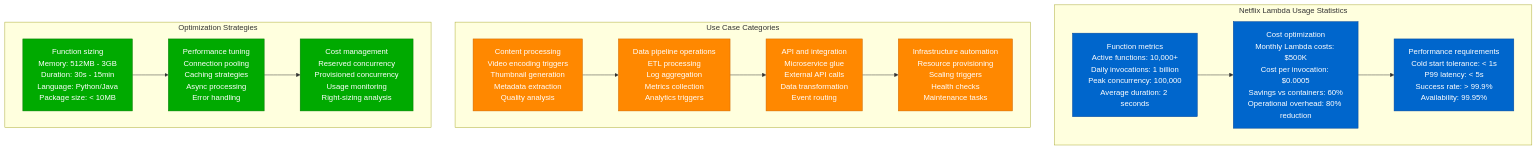
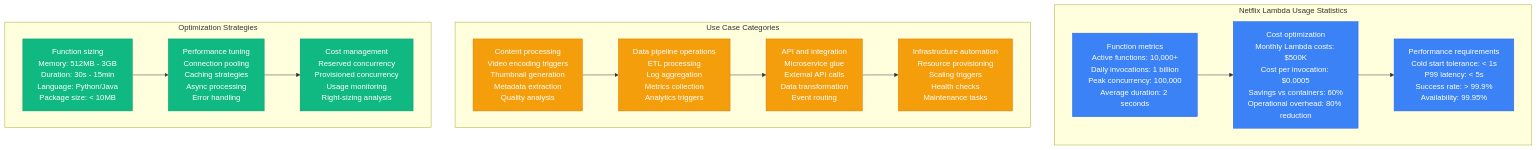
Before and after one commit to deepaucksharma/DS: the ninth of 11 diagrams in site/docs/performance/serverless-performance-profile.md, drawn with Mermaid. The commit also changed other lines of this file and 303 other files, not shown here.

````diff
--- a/site/docs/performance/serverless-performance-profile.md
+++ b/site/docs/performance/serverless-performance-profile.md
@@ -349,42 +349,42 @@
 ```mermaid
 graph TB
     subgraph "Netflix Lambda Usage Statistics"
         STATS1[Function metrics<br/>Active functions: 10,000+<br/>Daily invocations: 1 billion<br/>Peak concurrency: 100,000<br/>Average duration: 2 seconds]
 
         STATS2[Cost optimization<br/>Monthly Lambda costs: $500K<br/>Cost per invocation: $0.0005<br/>Savings vs containers: 60%<br/>Operational overhead: 80% reduction]
 
         STATS3[Performance requirements<br/>Cold start tolerance: < 1s<br/>P99 latency: < 5s<br/>Success rate: > 99.9%<br/>Availability: 99.95%]
 
         STATS1 --> STATS2 --> STATS3
     end
 
     subgraph "Use Case Categories"
         UC1[Content processing<br/>Video encoding triggers<br/>Thumbnail generation<br/>Metadata extraction<br/>Quality analysis]
 
         UC2[Data pipeline operations<br/>ETL processing<br/>Log aggregation<br/>Metrics collection<br/>Analytics triggers]
 
         UC3[API and integration<br/>Microservice glue<br/>External API calls<br/>Data transformation<br/>Event routing]
 
         UC4[Infrastructure automation<br/>Resource provisioning<br/>Scaling triggers<br/>Health checks<br/>Maintenance tasks]
 
         UC1 --> UC2 --> UC3 --> UC4
     end
 
     subgraph "Optimization Strategies"
         OPT1[Function sizing<br/>Memory: 512MB - 3GB<br/>Duration: 30s - 15min<br/>Language: Python/Java<br/>Package size: < 10MB]
 
         OPT2[Performance tuning<br/>Connection pooling<br/>Caching strategies<br/>Async processing<br/>Error handling]
 
         OPT3[Cost management<br/>Reserved concurrency<br/>Provisioned concurrency<br/>Usage monitoring<br/>Right-sizing analysis]
 
         OPT1 --> OPT2 --> OPT3
     end
 
-    classDef statsStyle fill:#0066CC,stroke:#004499,color:#fff
-    classDef useCaseStyle fill:#FF8800,stroke:#CC6600,color:#fff
-    classDef optStyle fill:#00AA00,stroke:#007700,color:#fff
+    classDef statsStyle fill:#3B82F6,stroke:#2563EB,color:#fff
+    classDef useCaseStyle fill:#F59E0B,stroke:#D97706,color:#fff
+    classDef optStyle fill:#10B981,stroke:#059669,color:#fff
 
     class STATS1,STATS2,STATS3 statsStyle
     class UC1,UC2,UC3,UC4 useCaseStyle
     class OPT1,OPT2,OPT3 optStyle
 ```
````
